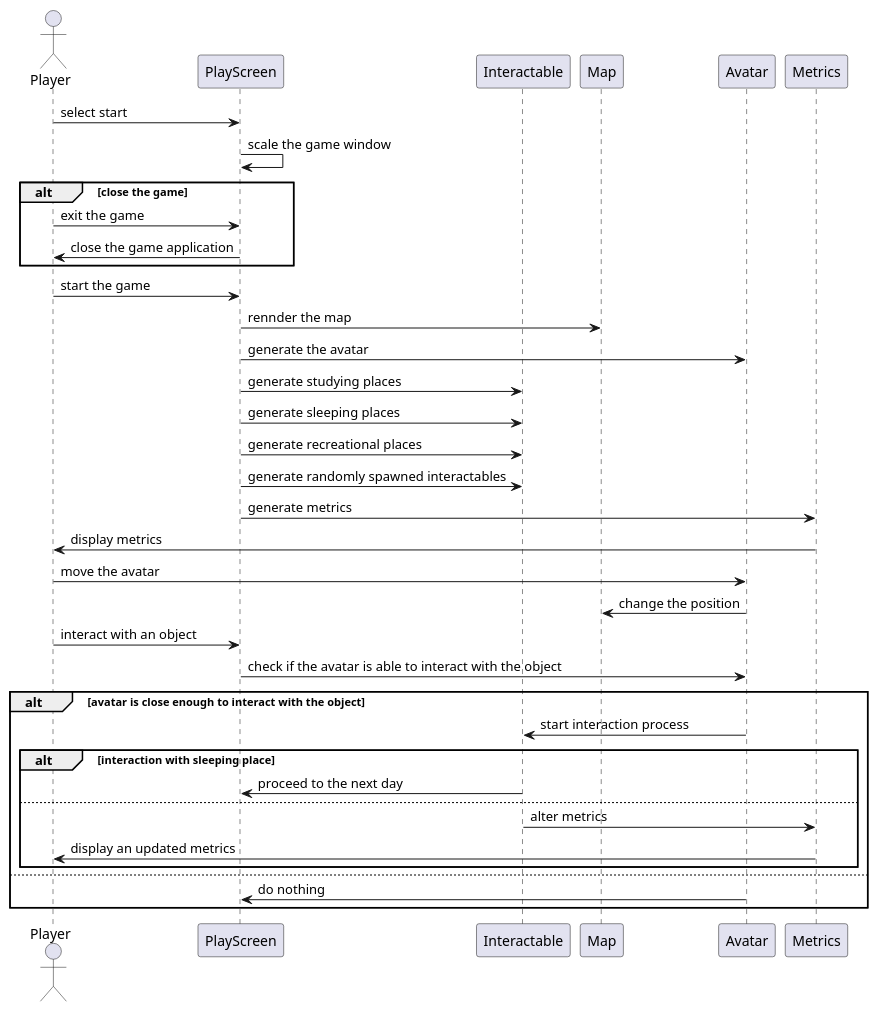
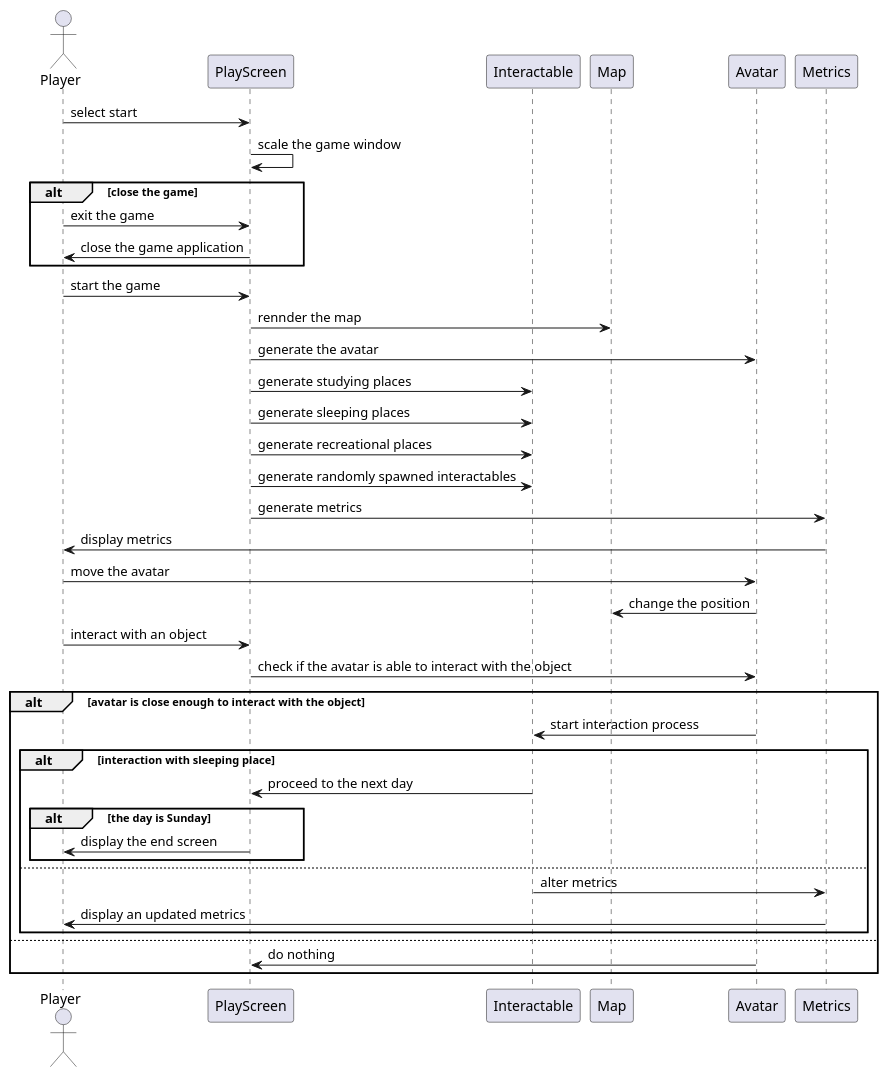
Before and after one commit to ENG1-Group-23/A1-website: the diagram in current sequence diagram.puml, drawn with PlantUML.

Commit message:
altered current sequence diagram

```diff
--- a/current sequence diagram.puml
+++ b/current sequence diagram.puml
@@ -1,36 +1,39 @@
 @startuml
 actor Player as Player
 participant PlayScreen as Game  
 participant Interactable as Object
 
 Player -> Game: select start 
 Game -> Game: scale the game window
 alt close the game
  Player -> Game: exit the game
  Game -> Player: close the game application
 end
 Player -> Game: start the game
 Game -> Map: rennder the map
 Game -> Avatar: generate the avatar
 Game -> Object: generate studying places
 Game -> Object: generate sleeping places
 Game -> Object: generate recreational places
 Game -> Object: generate randomly spawned interactables
 Game -> Metrics: generate metrics
 Metrics -> Player: display metrics
 Player -> Avatar: move the avatar
 Avatar -> Map: change the position
 Player -> Game: interact with an object
 Game -> Avatar: check if the avatar is able to interact with the object
 alt avatar is close enough to interact with the object
  Avatar -> Object: start interaction process
  alt interaction with sleeping place
   Object -> Game: proceed to the next day
+   alt the day is Sunday
+    Game -> Player: display the end screen
+   end
  else
   Object -> Metrics: alter metrics
   Metrics -> Player: display an updated metrics
  end
 else
  Avatar -> Game: do nothing
 end
 @enduml
```
